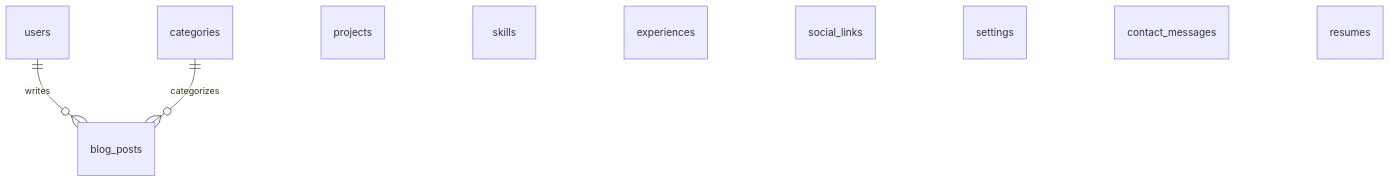
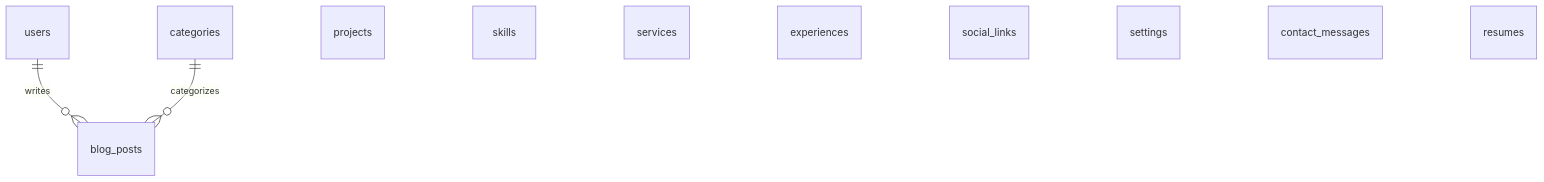
One commit to MyatMinHtay/newportfolio changed the third of 3 diagrams in knowledge/02-architecture.md. Above: the diagram before and after it, drawn with Mermaid. The commit also changed other lines of this file and 191 other files, not shown here.

````diff
--- a/knowledge/02-architecture.md
+++ b/knowledge/02-architecture.md
@@ -169,12 +172,13 @@
 ```mermaid
 erDiagram
     users ||--o{ blog_posts : writes
     categories ||--o{ blog_posts : categorizes
     projects
     skills
+    services
     experiences
     social_links
     settings
     contact_messages
     resumes
 ```
````
